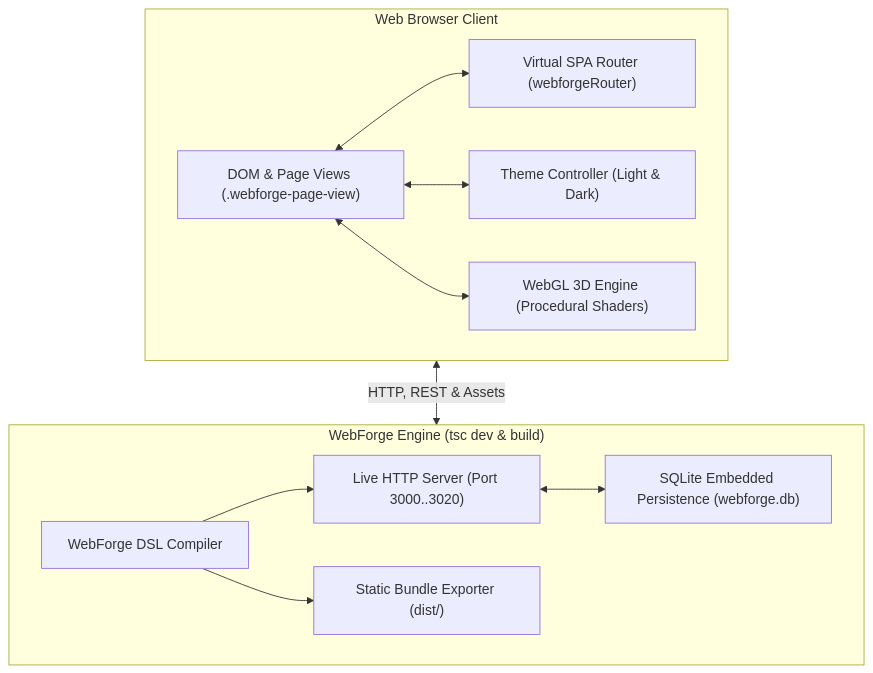
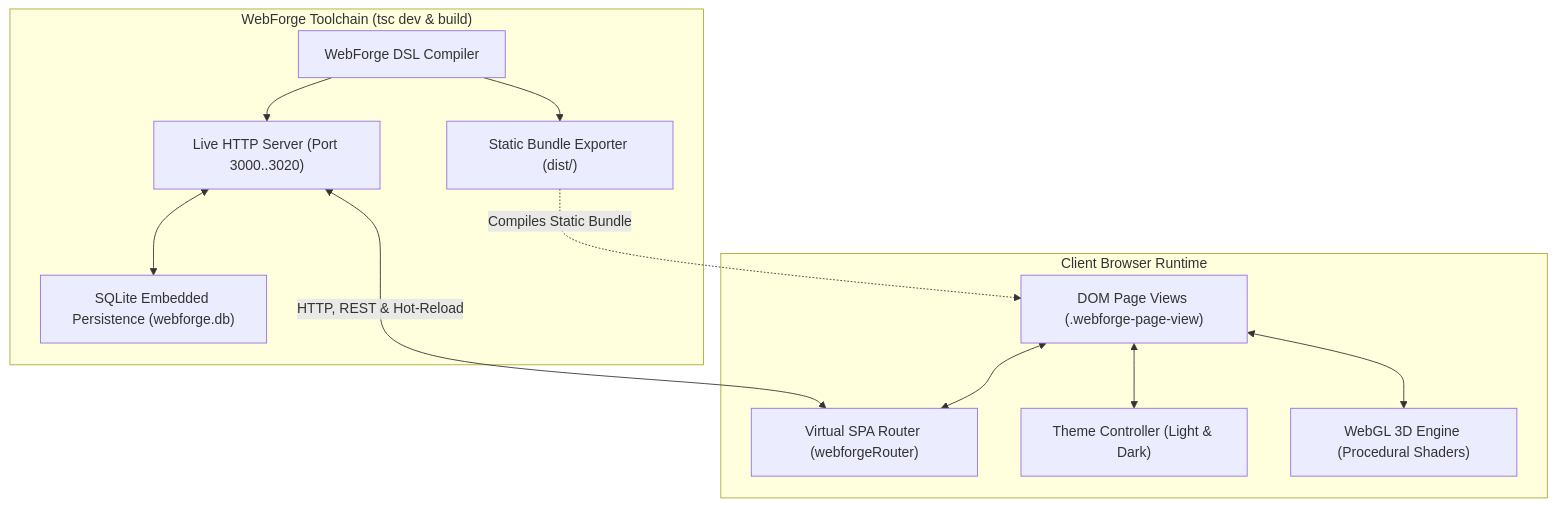
One commit to Tcode-Motion/techscript changed the first of 4 diagrams in README.md. Above: the diagram before and after it, drawn with Mermaid. The commit also changed other lines of this file, not shown here.

Commit message:
docs(readme): update WebForge architecture diagram to flowchart TD and add reactive flow

````diff
--- a/README.md
+++ b/README.md
@@ -110,24 +113,27 @@
 ```mermaid
-flowchart TB
-    subgraph CLIENT ["Web Browser Client"]
-        DOM["DOM & Page Views (.webforge-page-view)"]
+flowchart TD
+    subgraph Client ["Client Browser Runtime"]
+        DOM["DOM Page Views (.webforge-page-view)"]
         Router["Virtual SPA Router (webforgeRouter)"]
         Theme["Theme Controller (Light & Dark)"]
         Canvas3D["WebGL 3D Engine (Procedural Shaders)"]
+        
         DOM <--> Router
         DOM <--> Theme
         DOM <--> Canvas3D
     end
 
-    subgraph ENGINE ["WebForge Engine (tsc dev & build)"]
-        DSLParser["WebForge DSL Compiler"]
+    subgraph Toolchain ["WebForge Toolchain (tsc dev & build)"]
+        DSLCompiler["WebForge DSL Compiler"]
         Server["Live HTTP Server (Port 3000..3020)"]
         SQLite["SQLite Embedded Persistence (webforge.db)"]
         Packager["Static Bundle Exporter (dist/)"]
-        DSLParser --> Server
-        DSLParser --> Packager
+        
+        DSLCompiler --> Server
+        DSLCompiler --> Packager
         Server <--> SQLite
     end
 
-    CLIENT <--> |"HTTP, REST & Assets"| ENGINE
+    Server <-->|"HTTP, REST & Hot-Reload"| Router
+    Packager -.->|"Compiles Static Bundle"| DOM
 ```
````
